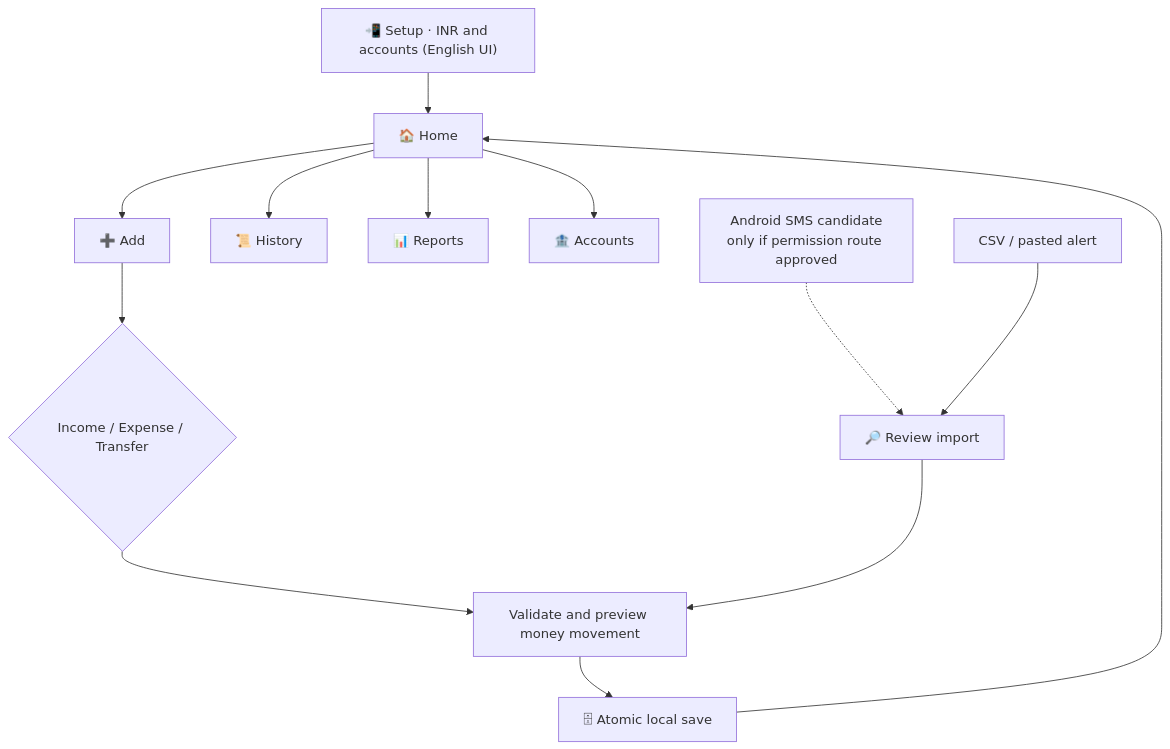
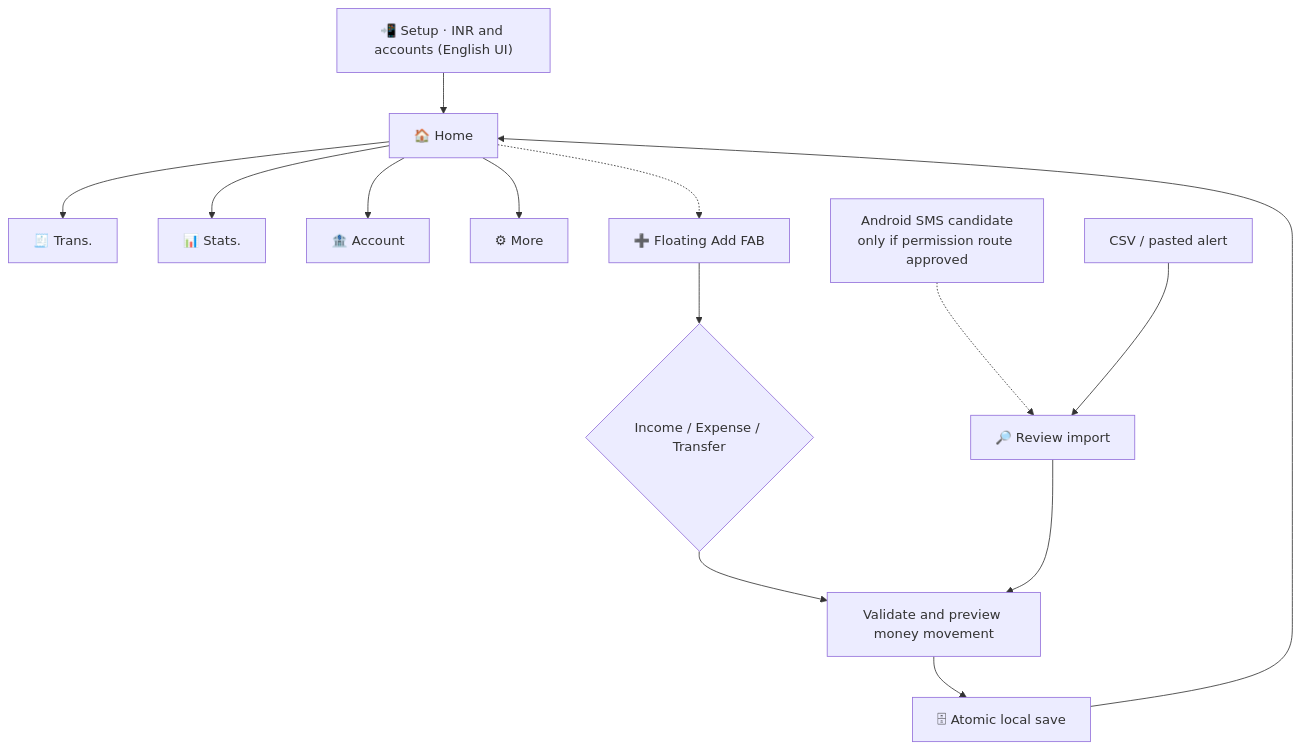
One commit to im-tnyx/Tio-Money changed the first of 2 diagrams in docs/00-INDEX.md. Above: the diagram before and after it, drawn with Mermaid. The commit also changed other lines of this file, not shown here.

Commit message:
docs(phase-0): preserve governance links and reflect five-tab FAB shell

````diff
--- a/docs/00-INDEX.md
+++ b/docs/00-INDEX.md
@@ -46,15 +46,16 @@
 ```mermaid
 flowchart TD
   O["📲 Setup · INR and accounts (English UI)"] --> H["🏠 Home"]
-  H --> ADD["➕ Add"]
-  H --> HIS["📜 History"]
-  H --> REP["📊 Reports"]
-  H --> ACC["🏦 Accounts"]
+  H --> TRANS["🧾 Trans."]
+  H --> STATS["📊 Stats."]
+  H --> ACC["🏦 Account"]
+  H --> MORE["⚙ More"]
+  H -.-> ADD["➕ Floating Add FAB"]
   ADD --> TYPE{"Income / Expense / Transfer"}
   TYPE --> VALID["Validate and preview money movement"]
   VALID --> SAVE["🗄 Atomic local save"]
   SAVE --> H
   SMS["Android SMS candidate<br/>only if permission route approved"] -.-> REVIEW["🔎 Review import"]
   CSV["CSV / pasted alert"] --> REVIEW
   REVIEW --> VALID
 ```
````
